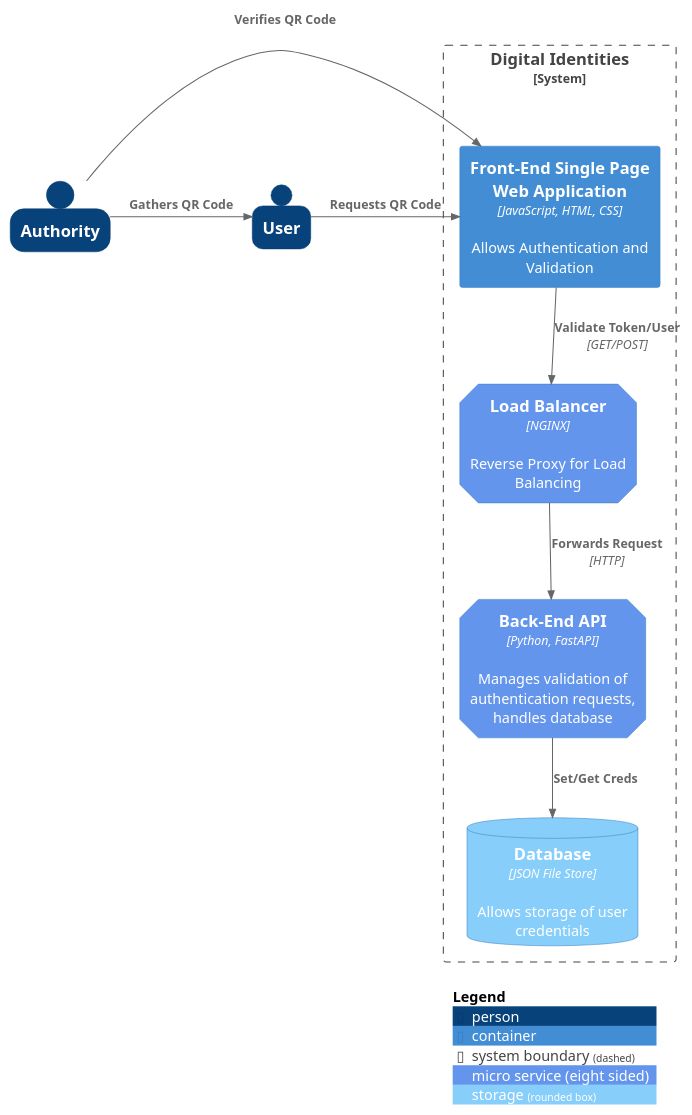
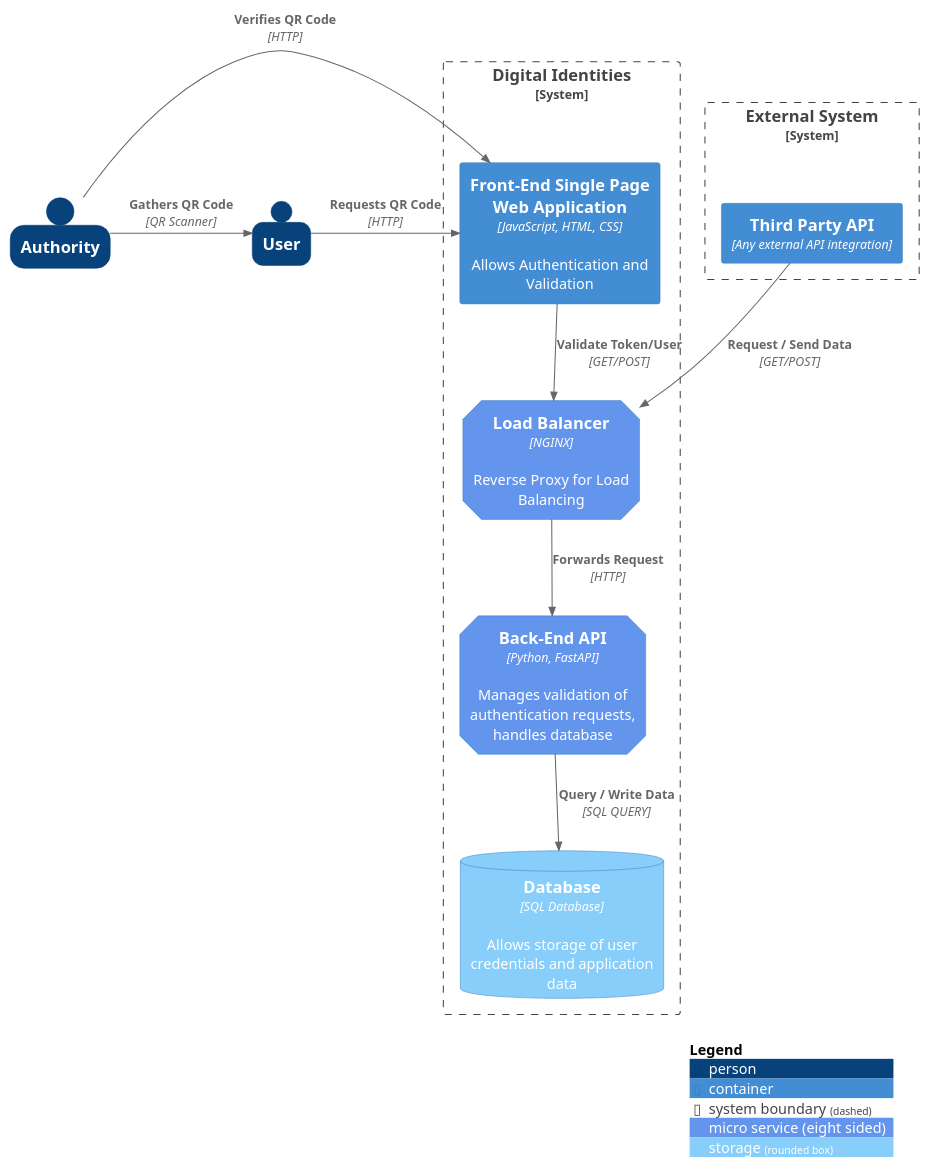
Before and after one commit to ju-juu/digital_identities: the diagram in documents/diagrams/puml/context.puml, drawn with PlantUML.

Commit message:
Added external interface

```diff
--- a/documents/diagrams/puml/context.puml
+++ b/documents/diagrams/puml/context.puml
@@ -1,27 +1,32 @@
 @startuml
 !include https://raw.githubusercontent.com/plantuml-stdlib/C4-PlantUML/master/C4_Container.puml
 
 AddElementTag("microService", $shape=EightSidedShape(), $bgColor="CornflowerBlue", $fontColor="white", $legendText="micro service (eight sided)")
 AddElementTag("storage", $shape=RoundedBoxShape(), $bgColor="lightSkyBlue", $fontColor="white")
 
 SHOW_PERSON_OUTLINE()
 
+
 Person(authority, "Authority")
 Person(user, "User")
+System_Boundary(c2, "External System") {
+    Container(ext_api, "Third Party API", "Any external API integration")
+}
 
 System_Boundary(c1, "Digital Identities") {
     Container(web_app, "Front-End Single Page Web Application", "JavaScript, HTML, CSS", "Allows Authentication and Validation")
     Container(api, "Back-End API", "Python, FastAPI", "Manages validation of authentication requests, handles database", $tags="microService")
     Container(nginx, "Load Balancer", "NGINX", "Reverse Proxy for Load Balancing", $tags="microService")
-    ContainerDb(database, "Database", "JSON File Store", "Allows storage of user credentials", $tags="storage")
+    ContainerDb(database, "Database", "SQL Database", "Allows storage of user credentials and application data", $tags="storage")
 }
 
-Rel_R(authority, web_app, "Verifies QR Code")
-Rel_R(authority, user, "Gathers QR Code")
-Rel_R(user, web_app, "Requests QR Code")
+Rel_R(authority, web_app, "Verifies QR Code", "HTTP")
+Rel_R(authority, user, "Gathers QR Code", "QR Scanner")
+Rel_R(user, web_app, "Requests QR Code", "HTTP")
+Rel(ext_api, nginx, "Request / Send Data", "GET/POST")
 Rel(web_app, nginx, "Validate Token/User", "GET/POST")
 Rel(nginx, api, "Forwards Request", "HTTP")
-Rel(api, database, "Set/Get Creds")
+Rel(api, database, "Query / Write Data", "SQL QUERY")
 
 SHOW_LEGEND()
 @enduml
```
